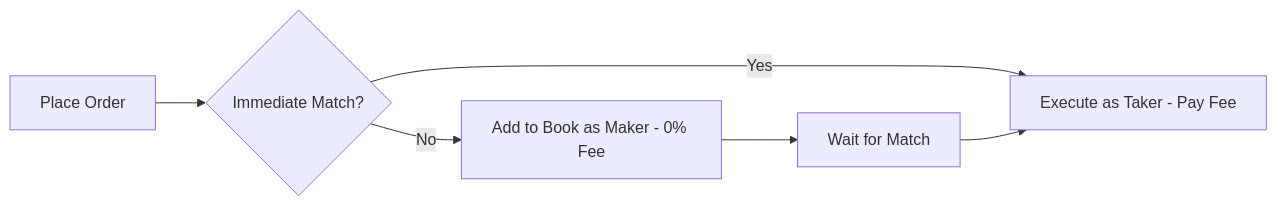
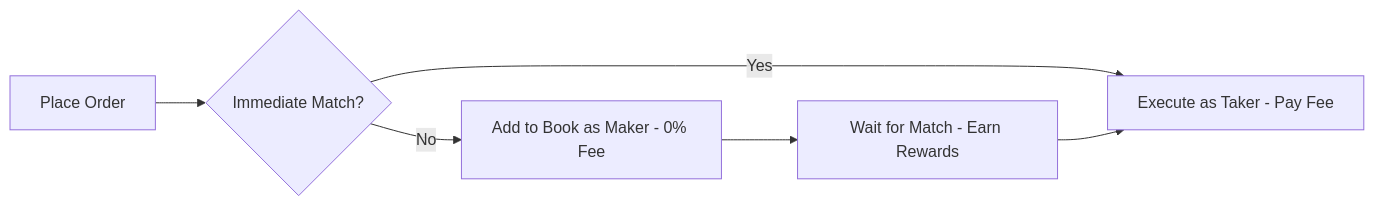
Before and after one commit to intodotspace/docs: the diagram in dev/architecture/clob-and-order-matching.mdx, drawn with Mermaid.

Commit message:
Documentation edits made through Mintlify web editor

````diff
--- a/dev/architecture/clob-and-order-matching.mdx
+++ b/dev/architecture/clob-and-order-matching.mdx
@@ -8,8 +8,8 @@
 ```mermaid
 graph LR
     A[Place Order] --> B{Immediate Match?}
     B -->|Yes| C[Execute as Taker - Pay Fee]
     B -->|No| D[Add to Book as Maker - 0% Fee]
-    D --> E[Wait for Match]
+    D --> E[Wait for Match - Earn Rewards]
     E --> C
 ```
````
